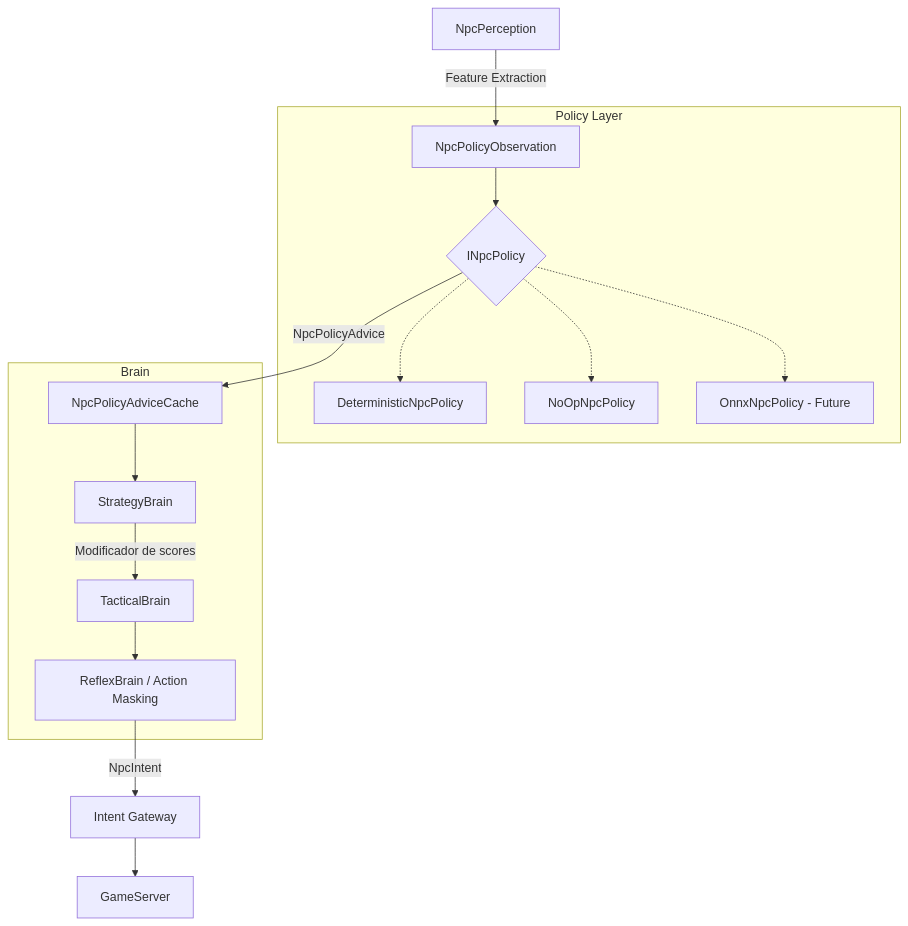
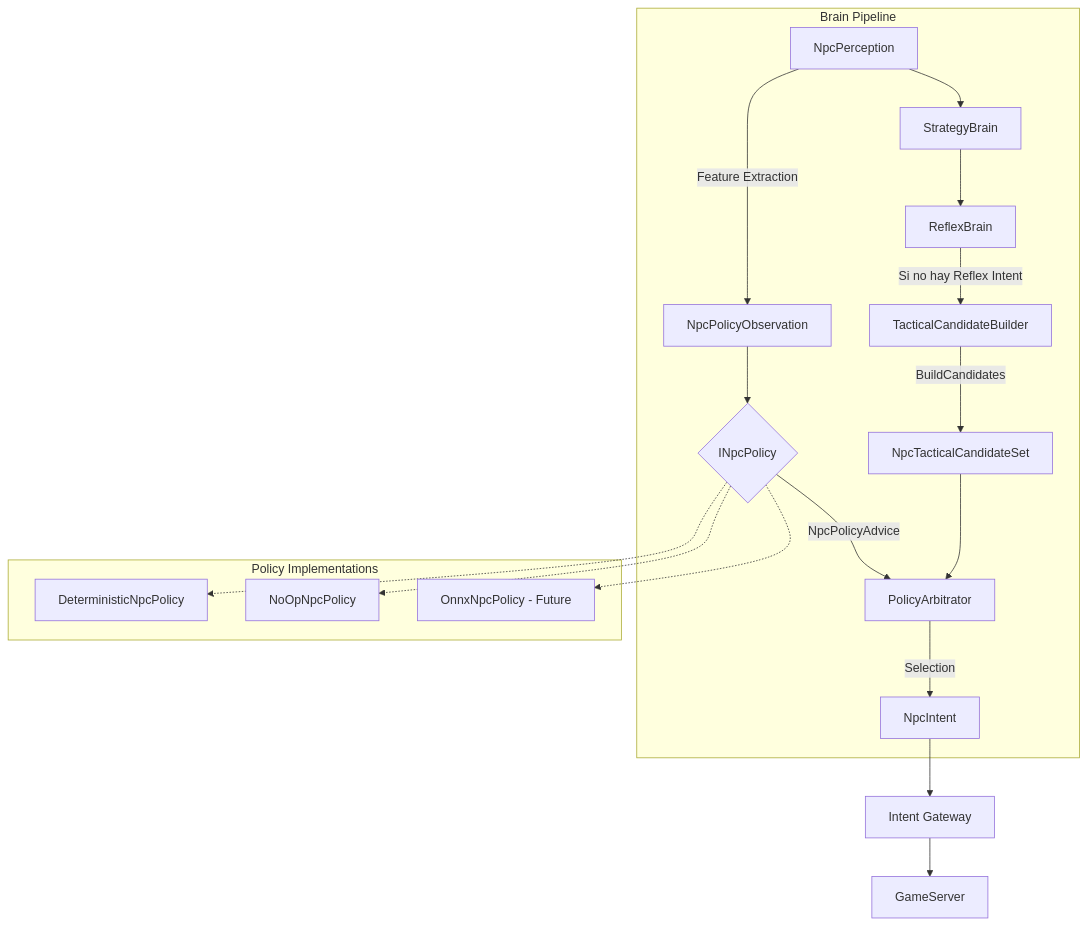
Before and after one commit to Oravlalesco/l2dn-server: the diagram in L2Dn/Documentation/Architecture/Roadmap/02_Fase_4D_Policy_Foundation.md, drawn with Mermaid. The commit also changed other lines of this file and 18 other files, not shown here.

Commit message:
docs(npc-ai): refine roadmap, add ADR-015/016, and subphases 4D.5, 4FA/B, 4IA/B

````diff
--- a/L2Dn/Documentation/Architecture/Roadmap/02_Fase_4D_Policy_Foundation.md
+++ b/L2Dn/Documentation/Architecture/Roadmap/02_Fase_4D_Policy_Foundation.md
@@ -15,22 +16,25 @@
 ```mermaid
 graph TD
     A[NpcPerception] -->|Feature Extraction| B[NpcPolicyObservation]
     
-    subgraph Policy Layer
-    B --> C{INpcPolicy}
-    C -.-> D[DeterministicNpcPolicy]
-    C -.-> E[NoOpNpcPolicy]
-    C -.-> F[OnnxNpcPolicy - Future]
+    subgraph Brain Pipeline
+    A --> S[StrategyBrain]
+    S --> R[ReflexBrain]
+    R -->|Si no hay Reflex Intent| T[TacticalCandidateBuilder]
+    T -->|BuildCandidates| CS[NpcTacticalCandidateSet]
+    
+    CS --> PA[PolicyArbitrator]
+    B --> PolicyLayer{INpcPolicy}
+    PolicyLayer -->|NpcPolicyAdvice| PA
+    PA -->|Selection| I[NpcIntent]
     end
     
-    C -->|NpcPolicyAdvice| G[NpcPolicyAdviceCache]
-    
-    subgraph Brain
-    G --> H[StrategyBrain]
-    H -->|Modificador de scores| I[TacticalBrain]
-    I --> J[ReflexBrain / Action Masking]
+    subgraph Policy Implementations
+    PolicyLayer -.-> D[DeterministicNpcPolicy]
+    PolicyLayer -.-> E[NoOpNpcPolicy]
+    PolicyLayer -.-> F[OnnxNpcPolicy - Future]
     end
     
-    J -->|NpcIntent| K[Intent Gateway]
-    K --> L[GameServer]
+    I --> IG[Intent Gateway]
+    IG --> L[GameServer]
 ```
````
